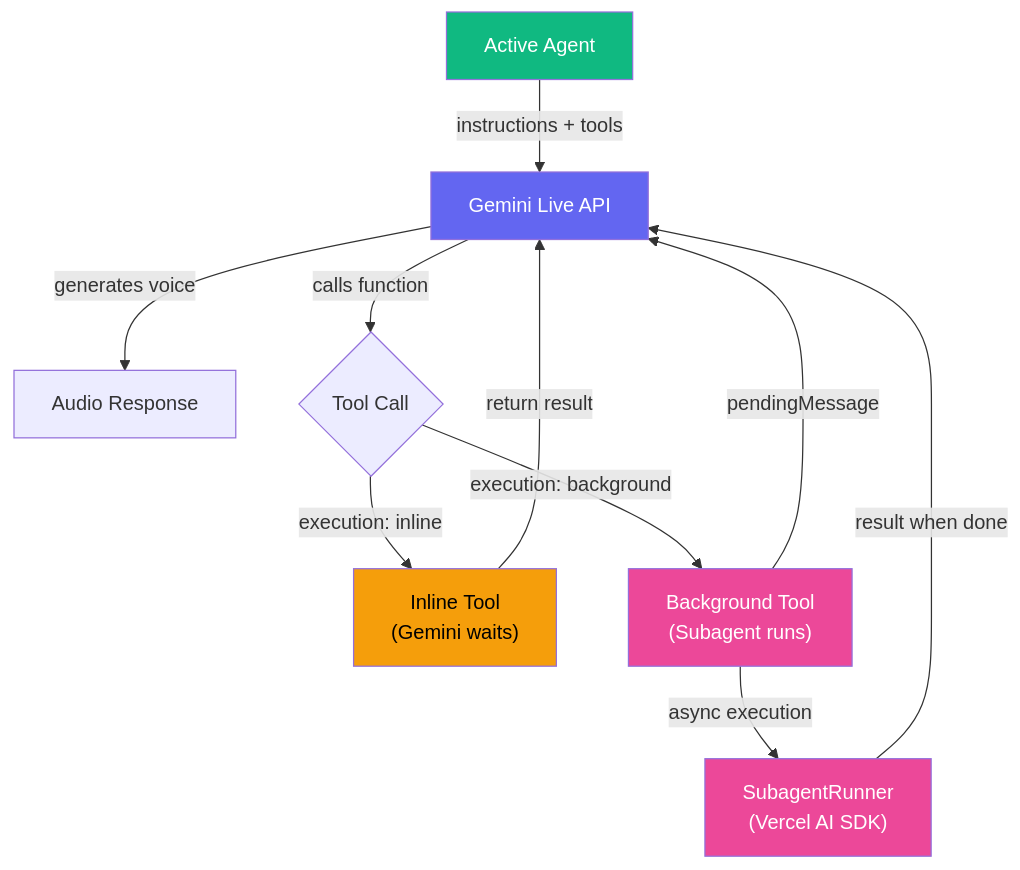
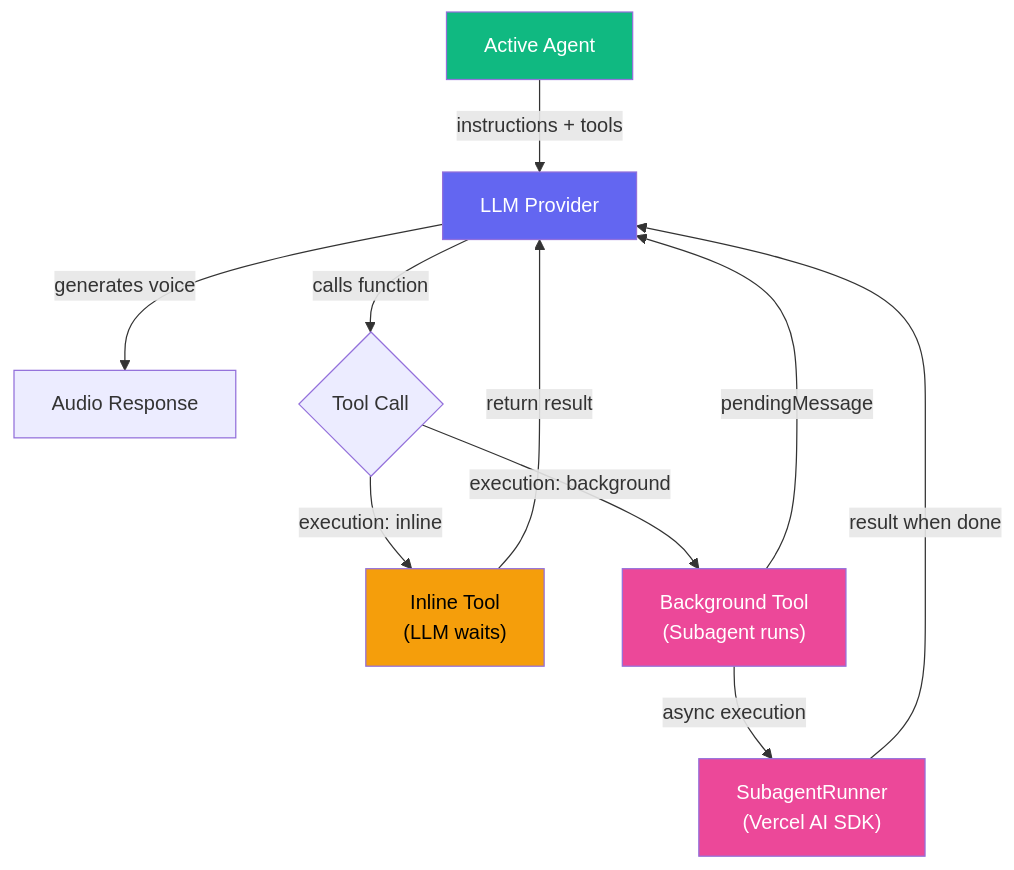
Before and after one commit to randombet/bodhi_realtime_agent: the third of 11 diagrams in docs/guide/architecture.md, drawn with Mermaid. The commit also changed other lines of this file and 15 other files, not shown here.

First line of the commit message:
docs: update all docs for LLM transport decoupling (multi-provider support)

````diff
--- a/docs/guide/architecture.md
+++ b/docs/guide/architecture.md
@@ -81,20 +81,20 @@
 ```mermaid
 flowchart TD
-    A["Active Agent"] -->|"instructions + tools"| G["Gemini Live API"]
+    A["Active Agent"] -->|"instructions + tools"| G["LLM Provider"]
     G -->|"generates voice"| Audio["Audio Response"]
     G -->|"calls function"| TC{"Tool Call"}
 
-    TC -->|"execution: inline"| IT["Inline Tool<br/>(Gemini waits)"]
+    TC -->|"execution: inline"| IT["Inline Tool<br/>(LLM waits)"]
     TC -->|"execution: background"| BT["Background Tool<br/>(Subagent runs)"]
 
     IT -->|"return result"| G
     BT -->|"pendingMessage"| G
     BT -->|"async execution"| SR["SubagentRunner<br/>(Vercel AI SDK)"]
     SR -->|"result when done"| G
 
     style A fill:#10b981,color:#fff
     style G fill:#6366f1,color:#fff
     style IT fill:#f59e0b,color:#000
     style BT fill:#ec4899,color:#fff
     style SR fill:#ec4899,color:#fff
 ```
````
